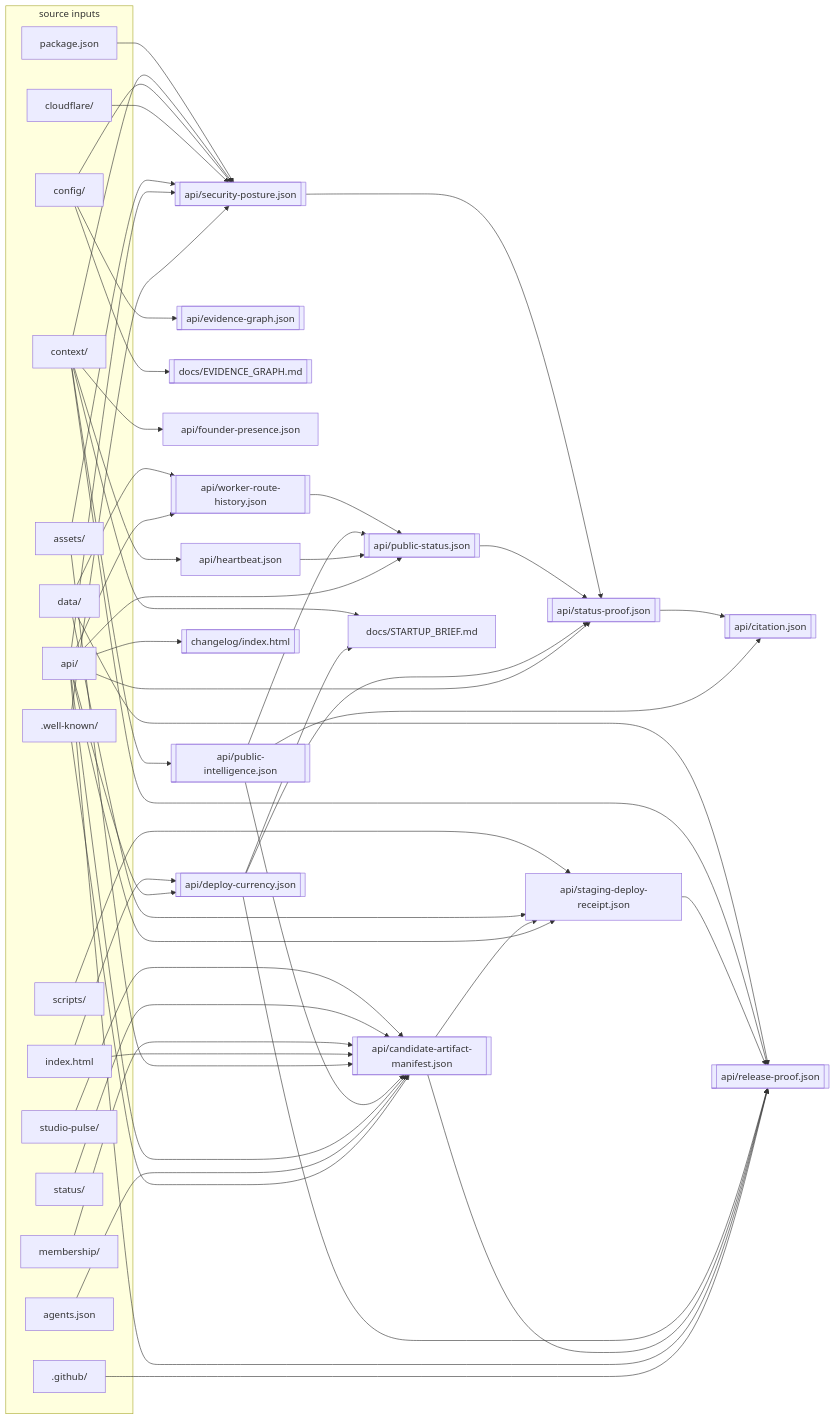
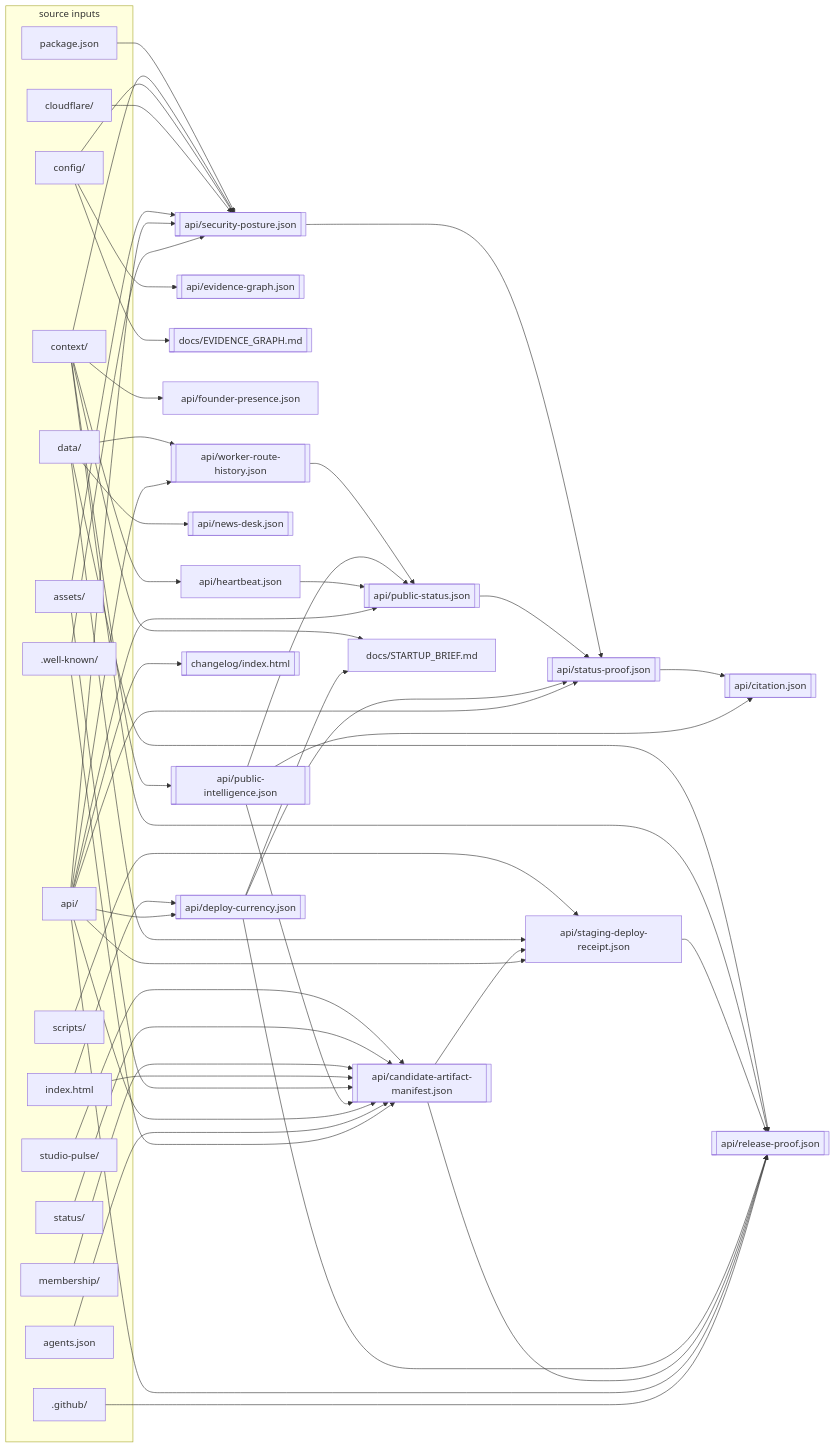
Before and after one commit to VaultSparkStudios/VaultSparkStudios.github.io: the diagram in docs/EVIDENCE_GRAPH.md, drawn with Mermaid. The commit also changed other lines of this file and 48 other files, not shown here.

```diff
--- a/docs/EVIDENCE_GRAPH.md
+++ b/docs/EVIDENCE_GRAPH.md
@@ -53,6 +53,7 @@
   n_docs_EVIDENCE_GRAPH_md[["docs/EVIDENCE_GRAPH.md"]]
   n_api_founder_presence_json["api/founder-presence.json"]
   n_api_heartbeat_json["api/heartbeat.json"]
+  n_api_news_desk_json[["api/news-desk.json"]]
   n_api_public_intelligence_json[["api/public-intelligence.json"]]
   n_api_public_status_json[["api/public-status.json"]]
   n_api_release_proof_json[["api/release-proof.json"]]
@@ -101,6 +102,7 @@
   n_context_ --> n_api_release_proof_json
   n_context_ --> n_api_security_posture_json
   n_context_ --> n_docs_STARTUP_BRIEF_md
+  n_data_ --> n_api_news_desk_json
   n_data_ --> n_api_release_proof_json
   n_data_ --> n_api_staging_deploy_receipt_json
   n_data_ --> n_api_worker_route_history_json
```
